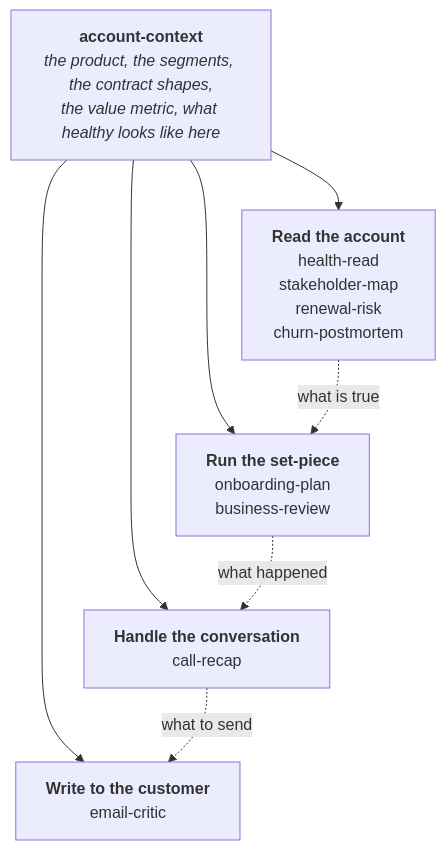
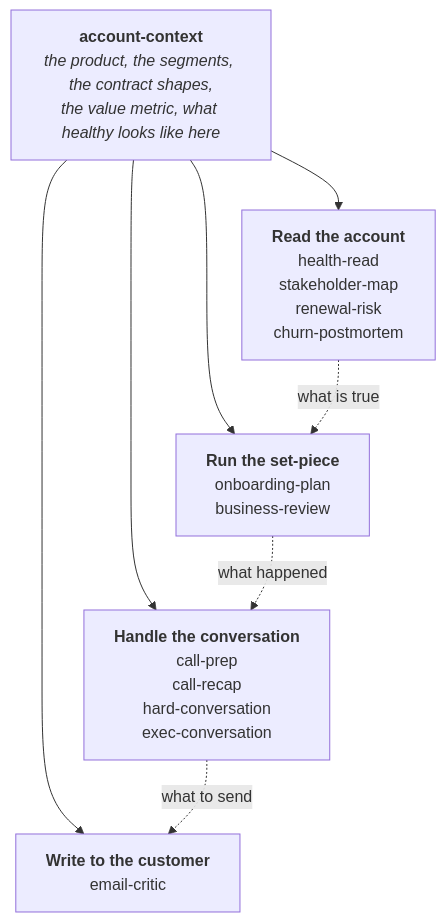
One commit to CSPulse/Skills changed the diagram in README.md. Above: the diagram before and after it, drawn with Mermaid. The commit also changed other lines of this file and 11 other files, not shown here.

First line of the commit message:
Add call-prep, hard-conversation and exec-conversation

````diff
--- a/README.md
+++ b/README.md
@@ -31,13 +31,13 @@
 ```mermaid
 flowchart TB
     AC["<b>account-context</b><br/><i>the product, the segments, the contract shapes,<br/>the value metric, what healthy looks like here</i>"]
 
     AC --> R["<b>Read the account</b><br/>health-read<br/>stakeholder-map<br/>renewal-risk<br/>churn-postmortem"]
     AC --> S["<b>Run the set-piece</b><br/>onboarding-plan<br/>business-review"]
-    AC --> C["<b>Handle the conversation</b><br/>call-recap"]
+    AC --> C["<b>Handle the conversation</b><br/>call-prep<br/>call-recap<br/>hard-conversation<br/>exec-conversation"]
     AC --> W["<b>Write to the customer</b><br/>email-critic"]
 
     R -.->|"what is true"| S
     S -.->|"what happened"| C
     C -.->|"what to send"| W
 ```
````
